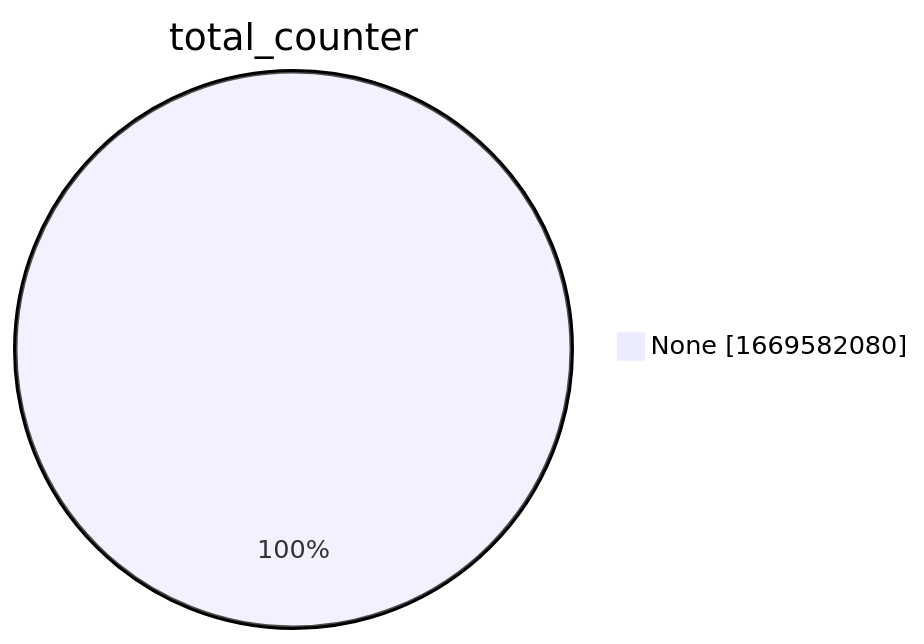
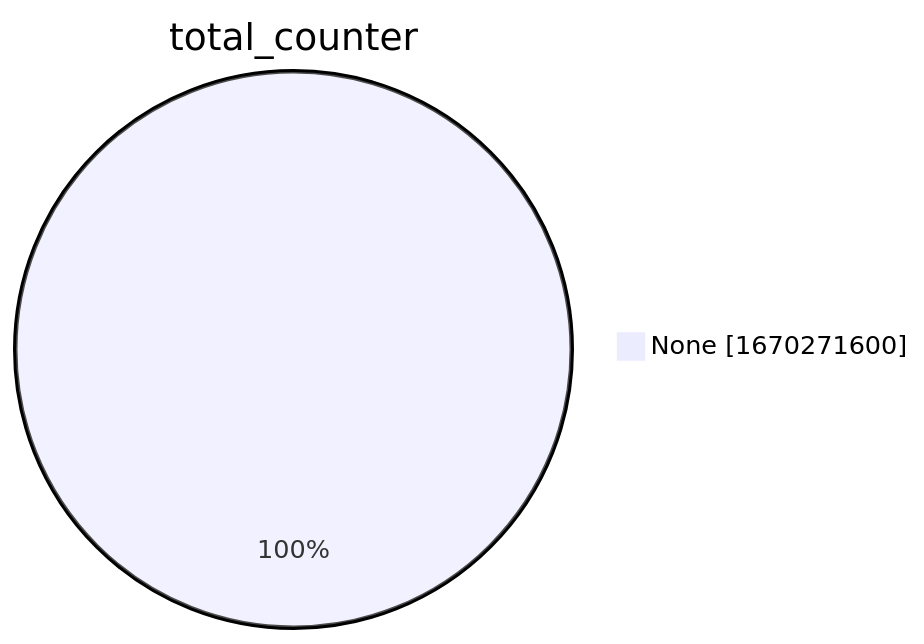
One commit to christiankrug/ctmonitor_visualization changed the second of 15 diagrams in xenon2022/README.md. Above: the diagram before and after it, drawn with Mermaid. The commit also changed other lines of this file, not shown here.

````diff
--- a/xenon2022/README.md
+++ b/xenon2022/README.md
@@ -9,5 +9,5 @@
 ```mermaid
 pie showData
 title total_counter
-"None" :1669582080
+"None" :1670271600
 ```
````
